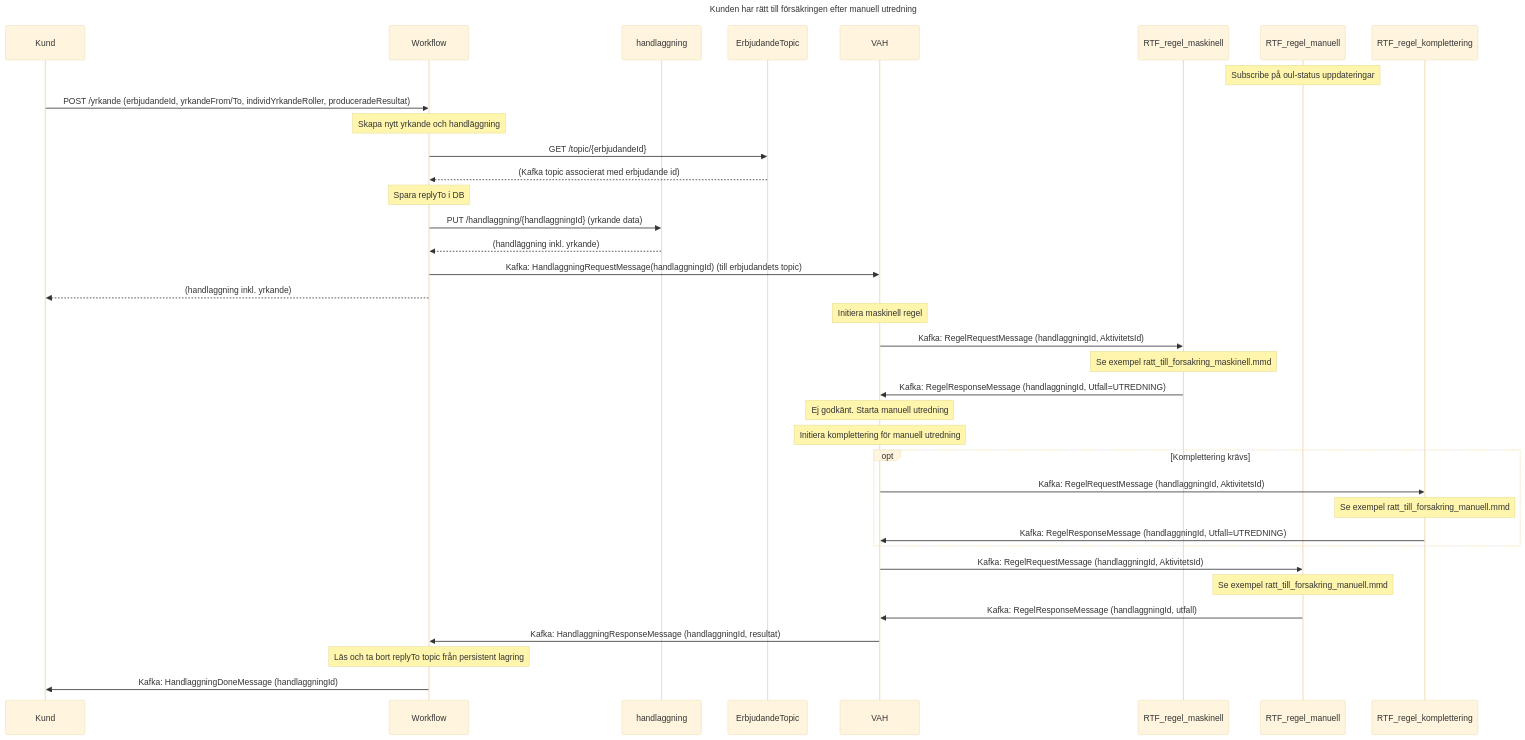
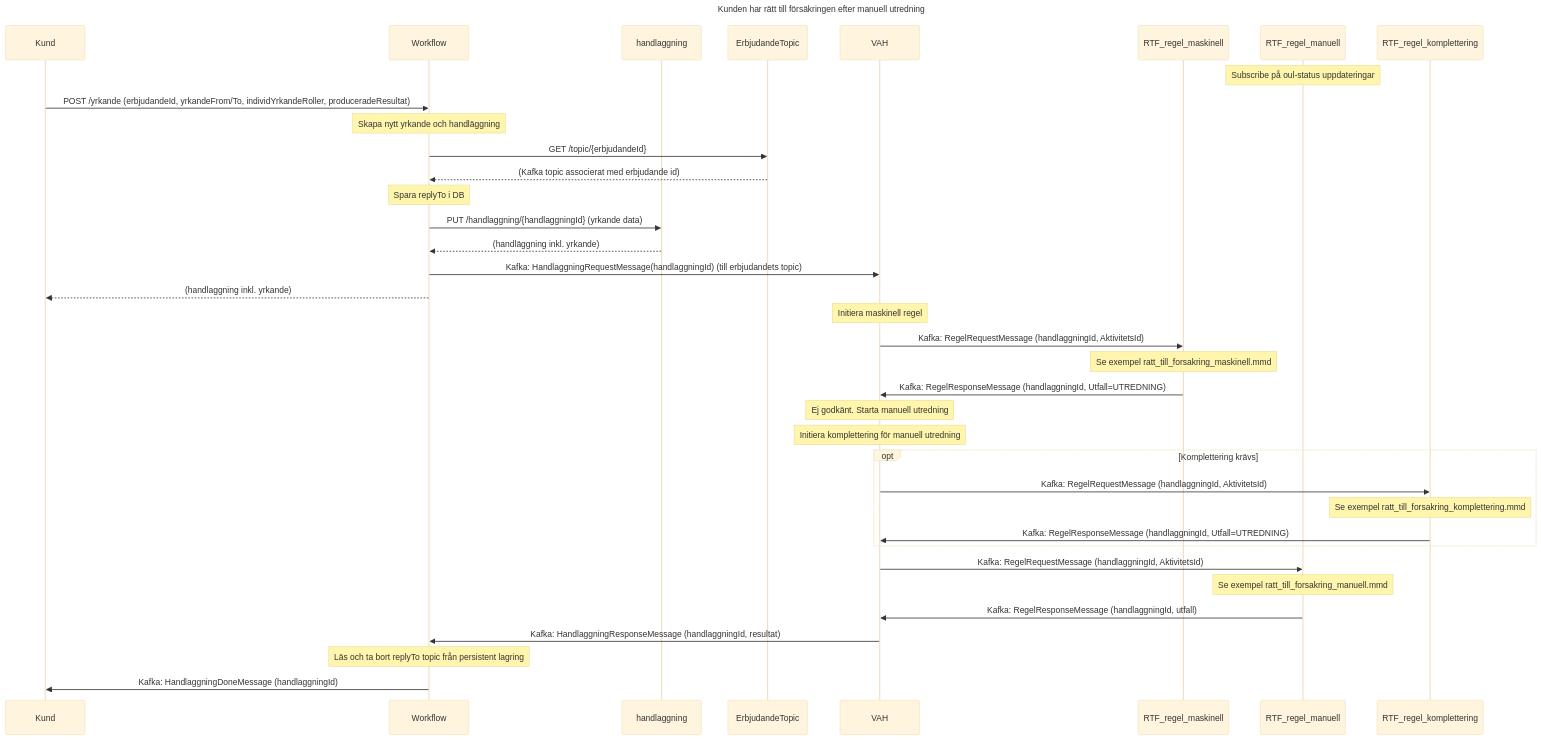
Before and after one commit to Forsakringskassan/rimfrost: the diagram in sequences/ratt_till_forsakring_flode.mmd, drawn with Mermaid (base theme). The commit also changed 1 other file, not shown here.

Commit message:
fix: Add komplettering sequence diagram for RTF-flödet

```diff
--- a/sequences/ratt_till_forsakring_flode.mmd
+++ b/sequences/ratt_till_forsakring_flode.mmd
@@ -1,53 +1,53 @@
 sequenceDiagram
     title Kunden har rätt till försäkringen efter manuell utredning
     participant Kund
     participant Workflow
     participant handlaggning
     participant ErbjudandeTopic
     participant VAH
     participant RTF_regel_maskinell
     participant RTF_regel_manuell
 
     note over RTF_regel_manuell: Subscribe på oul-status uppdateringar
 
     Kund ->> Workflow: POST /yrkande (erbjudandeId, yrkandeFrom/To, individYrkandeRoller, produceradeResultat)
     note over Workflow: Skapa nytt yrkande och handläggning
 
     Workflow ->> ErbjudandeTopic: GET /topic/{erbjudandeId}
     ErbjudandeTopic -->> Workflow: (Kafka topic associerat med erbjudande id)
     note over Workflow: Spara replyTo i DB
     Workflow ->> handlaggning: PUT /handlaggning/{handlaggningId} (yrkande data)
     handlaggning -->> Workflow: (handläggning inkl. yrkande)
 
     Workflow ->> VAH: Kafka: HandlaggningRequestMessage(handlaggningId) (till erbjudandets topic)
     Workflow -->> Kund: (handlaggning inkl. yrkande)
 
     note over VAH: Initiera maskinell regel
 
     VAH ->> RTF_regel_maskinell: Kafka: RegelRequestMessage (handlaggningId, AktivitetsId)
 
     note over RTF_regel_maskinell: Se exempel ratt_till_forsakring_maskinell.mmd
 
     RTF_regel_maskinell ->> VAH: Kafka: RegelResponseMessage (handlaggningId, Utfall=UTREDNING)
     note over VAH: Ej godkänt. Starta manuell utredning
 
     note over VAH: Initiera komplettering för manuell utredning
 
     opt Komplettering krävs
         VAH ->> RTF_regel_komplettering: Kafka: RegelRequestMessage (handlaggningId, AktivitetsId)
 
-        note over RTF_regel_komplettering: Se exempel ratt_till_forsakring_manuell.mmd
+        note over RTF_regel_komplettering: Se exempel ratt_till_forsakring_komplettering.mmd
 
         RTF_regel_komplettering ->> VAH: Kafka: RegelResponseMessage (handlaggningId, Utfall=UTREDNING)
     end
 
     VAH ->> RTF_regel_manuell: Kafka: RegelRequestMessage (handlaggningId, AktivitetsId)
 
     note over RTF_regel_manuell: Se exempel ratt_till_forsakring_manuell.mmd
 
     RTF_regel_manuell ->> VAH: Kafka: RegelResponseMessage (handlaggningId, utfall)
 
     VAH ->> Workflow: Kafka: HandlaggningResponseMessage (handlaggningId, resultat)
     note over Workflow: Läs och ta bort replyTo topic från persistent lagring
 
     Workflow ->> Kund: Kafka: HandlaggningDoneMessage (handlaggningId)
```
